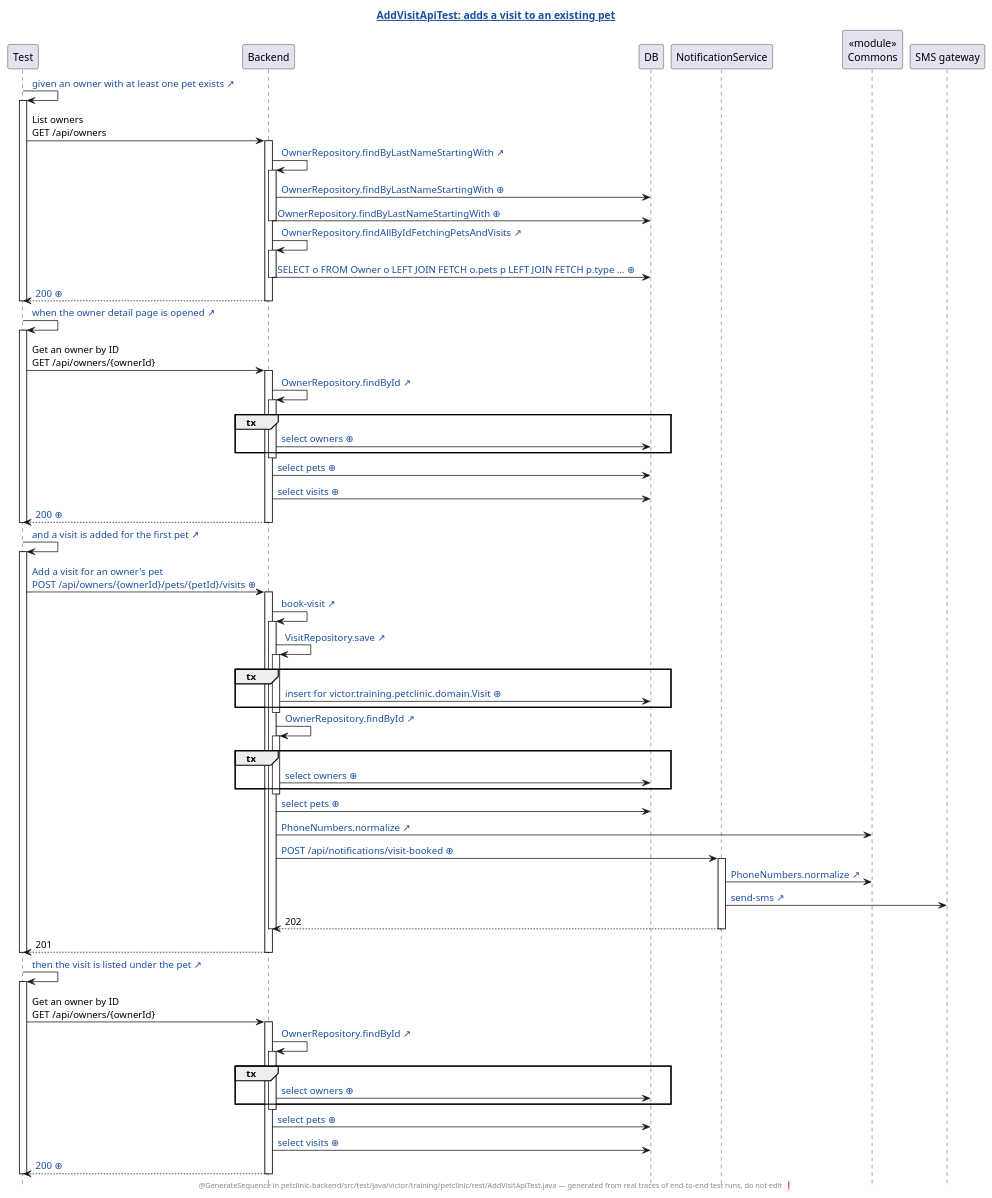
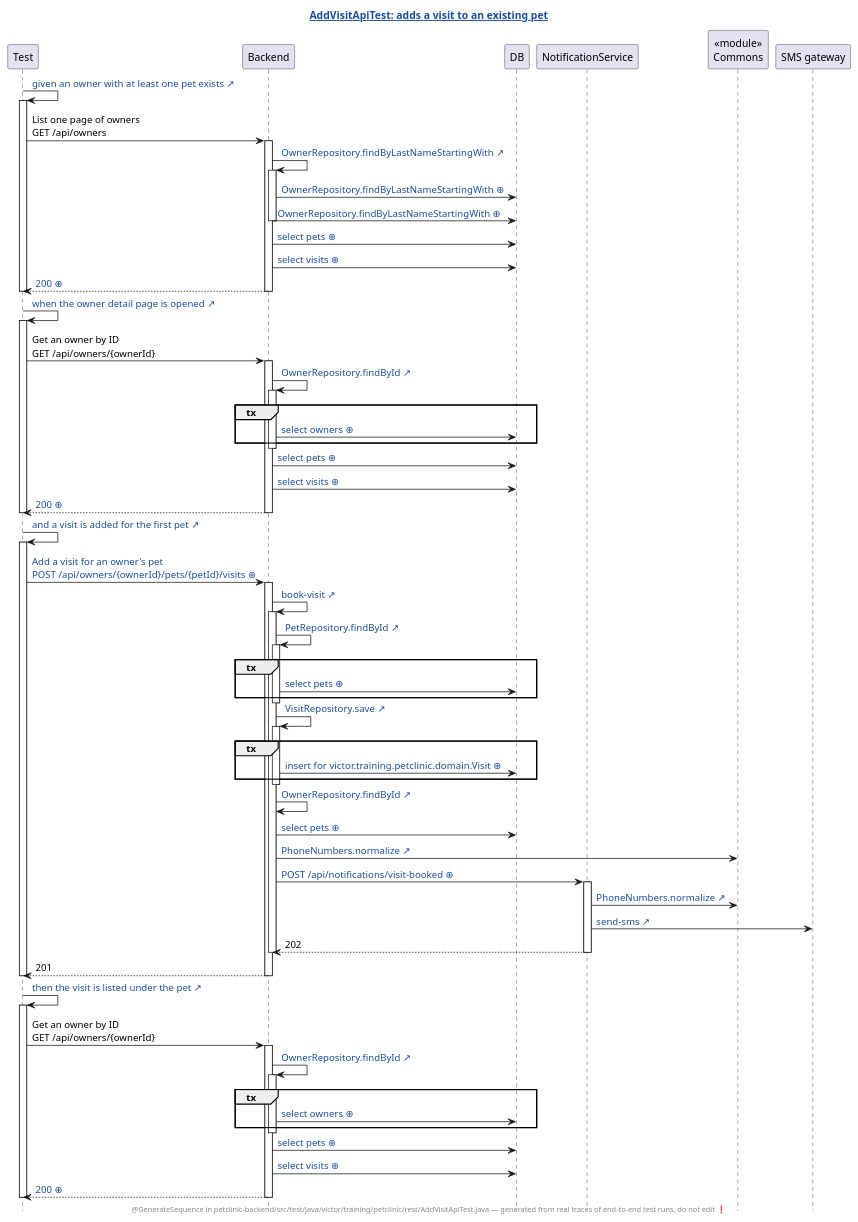
One commit to Winandvdb/human-review changed the diagram in demo/demo2/assets/genseq/petclinic-test/generated/AddVisitApiTest.java.adds-a-visit-to-an-existing-pet.genseq.puml. Above: the diagram before and after it, drawn with PlantUML. The commit also changed 233 other files, not shown here.

```diff
--- a/demo/demo2/assets/genseq/petclinic-test/generated/AddVisitApiTest.java.adds-a-visit-to-an-existing-pet.genseq.puml
+++ b/demo/demo2/assets/genseq/petclinic-test/generated/AddVisitApiTest.java.adds-a-visit-to-an-existing-pet.genseq.puml
@@ -1,90 +1,89 @@
 @startuml
 ' ⚠️  GENERATED FILE — DO NOT EDIT. Every edit is lost on the next run.
 hide footbox
 skinparam hyperlinkUnderline false
 skinparam hyperlinkColor #1A4FA0
-title [[src://petclinic-backend/src/test/java/victor/training/petclinic/rest/AddVisitApiTest.java:76{Click to open the test} AddVisitApiTest: adds a visit to an existing pet]]
+title [[src://petclinic-backend/src/test/java/victor/training/petclinic/rest/AddVisitApiTest.java:75{Click to open the test} AddVisitApiTest: adds a visit to an existing pet]]
 footer @GenerateSequence in petclinic-backend/src/test/java/victor/training/petclinic/rest/AddVisitApiTest.java — generated from real traces of end-to-end test runs, do not edit ❗
 participant Test
 participant Backend
 participant DB
 participant NotificationService
 participant "«module»\nCommons" as Commons
 participant "SMS gateway"
-Test -> Test: [[src://petclinic-backend/src/test/java/victor/training/petclinic/rest/AddVisitApiTest.java:77{Click to open the line of the test that says this} given an owner with at least one pet exists ↗]]
+Test -> Test: [[src://petclinic-backend/src/test/java/victor/training/petclinic/rest/AddVisitApiTest.java:76{Click to open the line of the test that says this} given an owner with at least one pet exists ↗]]
 activate Test
-Test -> Backend: List owners\nGET /api/owners
+Test -> Backend: List one page of owners\nGET /api/owners
 activate Backend
-Backend -> Backend: [[src://petclinic-backend/src/main/java/victor/training/petclinic/repository/OwnerRepository.java:15{Click to open OwnerRepository.findByLastNameStartingWith} OwnerRepository.findByLastNameStartingWith ↗]]
+Backend -> Backend: [[src://petclinic-backend/src/main/java/victor/training/petclinic/repository/OwnerRepository.java:13{Click to open OwnerRepository.findByLastNameStartingWith} OwnerRepository.findByLastNameStartingWith ↗]]
 activate Backend
-Backend -> DB: [[genseq://06lhb5c{Click for the statement behind this call} OwnerRepository.findByLastNameStartingWith ⊕]]
+Backend -> DB: [[genseq://1ub53i8{Click for the statement behind this call} OwnerRepository.findByLastNameStartingWith ⊕]]
 Backend -> DB: [[genseq://0rcs8yy{Click for the statement behind this call} OwnerRepository.findByLastNameStartingWith ⊕]]
 deactivate Backend
-Backend -> Backend: [[src://petclinic-backend/src/main/java/victor/training/petclinic/repository/OwnerRepository.java:26{Click to open OwnerRepository.findAllByIdFetchingPetsAndVisits} OwnerRepository.findAllByIdFetchingPetsAndVisits ↗]]
-activate Backend
-Backend -> DB: [[genseq://075m496{Click for the statement behind this call} SELECT o FROM Owner o LEFT JOIN FETCH o.pets p LEFT JOIN FETCH p.type … ⊕]]
-deactivate Backend
-Backend --> Test: [[genseq://1ywqtdh{Click for this call’s JSON body} 200 ⊕]]
+Backend -> DB: [[genseq://1ruk3w0{Click for the statement behind this call} select pets ⊕]]
+Backend -> DB: [[genseq://1bw25vb{Click for the statement behind this call} select visits ⊕]]
+Backend --> Test: [[genseq://0qg8kn6{Click for this call’s JSON body} 200 ⊕]]
 deactivate Backend
 deactivate Test
-Test -> Test: [[src://petclinic-backend/src/test/java/victor/training/petclinic/rest/AddVisitApiTest.java:82{Click to open the line of the test that says this} when the owner detail page is opened ↗]]
+Test -> Test: [[src://petclinic-backend/src/test/java/victor/training/petclinic/rest/AddVisitApiTest.java:81{Click to open the line of the test that says this} when the owner detail page is opened ↗]]
 activate Test
 Test -> Backend: Get an owner by ID\nGET /api/owners/{ownerId}
 activate Backend
-Backend -> Backend: [[src://petclinic-backend/src/main/java/victor/training/petclinic/repository/OwnerRepository.java:28{Click to open OwnerRepository.findById} OwnerRepository.findById ↗]]
+Backend -> Backend: [[src://petclinic-backend/src/main/java/victor/training/petclinic/repository/OwnerRepository.java:15{Click to open OwnerRepository.findById} OwnerRepository.findById ↗]]
 activate Backend
 group tx
-Backend -> DB: [[genseq://083xusu{Click for the statement behind this call} select owners ⊕]]
+Backend -> DB: [[genseq://1cywrsr{Click for the statement behind this call} select owners ⊕]]
 end
 deactivate Backend
-Backend -> DB: [[genseq://0j0trn8{Click for the statement behind this call} select pets ⊕]]
-Backend -> DB: [[genseq://16xt6fr{Click for the statement behind this call} select visits ⊕]]
-Backend --> Test: [[genseq://1cg6dk5{Click for this call’s JSON body} 200 ⊕]]
+Backend -> DB: [[genseq://04yaot5{Click for the statement behind this call} select pets ⊕]]
+Backend -> DB: [[genseq://1bw25vb{Click for the statement behind this call} select visits ⊕]]
+Backend --> Test: [[genseq://0ury951{Click for this call’s JSON body} 200 ⊕]]
 deactivate Backend
 deactivate Test
-Test -> Test: [[src://petclinic-backend/src/test/java/victor/training/petclinic/rest/AddVisitApiTest.java:85{Click to open the line of the test that says this} and a visit is added for the first pet ↗]]
+Test -> Test: [[src://petclinic-backend/src/test/java/victor/training/petclinic/rest/AddVisitApiTest.java:84{Click to open the line of the test that says this} and a visit is added for the first pet ↗]]
 activate Test
-Test -> Backend: [[genseq://1yv4zr4{Click for this call’s JSON body} Add a visit for an owner's pet\nPOST /api/owners/{ownerId}/pets/{petId}/visits ⊕]]
+Test -> Backend: [[genseq://1jyobf5{Click for this call’s JSON body} Add a visit for an owner's pet\nPOST /api/owners/{ownerId}/pets/{petId}/visits ⊕]]
 activate Backend
-Backend -> Backend: [[src://petclinic-backend/src/main/java/victor/training/petclinic/rest/OwnerRestController.java:240{Click to open OwnerRestController.bookVisit} book-visit ↗]]
+Backend -> Backend: [[src://petclinic-backend/src/main/java/victor/training/petclinic/rest/OwnerRestController.java:212{Click to open OwnerRestController.bookVisit} book-visit ↗]]
 activate Backend
+Backend -> Backend: [[src://petclinic-backend/src/main/java/victor/training/petclinic/repository/PetRepository.java:16{Click to open PetRepository.findById} PetRepository.findById ↗]]
+activate Backend
+group tx
+Backend -> DB: [[genseq://10q0vhg{Click for the statement behind this call} select pets ⊕]]
+end
+deactivate Backend
 Backend -> Backend: [[src://petclinic-backend/src/main/java/victor/training/petclinic/repository/VisitRepository.java:14{Click to open VisitRepository.save} VisitRepository.save ↗]]
 activate Backend
 group tx
-Backend -> DB: [[genseq://07tob6g{Click for the statement behind this call} insert for victor.training.petclinic.domain.Visit ⊕]]
+Backend -> DB: [[genseq://1umskr4{Click for the statement behind this call} insert for victor.training.petclinic.domain.Visit ⊕]]
 end
 deactivate Backend
-Backend -> Backend: [[src://petclinic-backend/src/main/java/victor/training/petclinic/repository/OwnerRepository.java:28{Click to open OwnerRepository.findById} OwnerRepository.findById ↗]]
-activate Backend
-group tx
-Backend -> DB: [[genseq://083xusu{Click for the statement behind this call} select owners ⊕]]
-end
-deactivate Backend
-Backend -> DB: [[genseq://0j0trn8{Click for the statement behind this call} select pets ⊕]]
+Backend -> Backend: [[src://petclinic-backend/src/main/java/victor/training/petclinic/repository/OwnerRepository.java:15{Click to open OwnerRepository.findById} OwnerRepository.findById ↗]]
+Backend -> DB: [[genseq://04yaot5{Click for the statement behind this call} select pets ⊕]]
 Backend -> Commons: [[src://petclinic-commons/src/main/java/victor/training/commons/PhoneNumbers.java:8{Click to open PhoneNumbers.normalize} PhoneNumbers.normalize ↗]]
-Backend -> NotificationService: [[genseq://06g5a1e{Click for this call’s JSON body} POST /api/notifications/visit-booked ⊕]]
+Backend -> NotificationService: [[genseq://0ez97li{Click for this call’s JSON body} POST /api/notifications/visit-booked ⊕]]
 activate NotificationService
 NotificationService -> Commons: [[src://petclinic-commons/src/main/java/victor/training/commons/PhoneNumbers.java:8{Click to open PhoneNumbers.normalize} PhoneNumbers.normalize ↗]]
 NotificationService -> "SMS gateway": [[src://notification-service/src/main/java/victor/training/notification/SmsGateway.java:23{Click to open SmsGateway.send} send-sms ↗]]
 NotificationService --> Backend: 202
 deactivate NotificationService
 deactivate Backend
 Backend --> Test: 201
 deactivate Backend
 deactivate Test
-Test -> Test: [[src://petclinic-backend/src/test/java/victor/training/petclinic/rest/AddVisitApiTest.java:92{Click to open the line of the test that says this} then the visit is listed under the pet ↗]]
+Test -> Test: [[src://petclinic-backend/src/test/java/victor/training/petclinic/rest/AddVisitApiTest.java:91{Click to open the line of the test that says this} then the visit is listed under the pet ↗]]
 activate Test
 Test -> Backend: Get an owner by ID\nGET /api/owners/{ownerId}
 activate Backend
-Backend -> Backend: [[src://petclinic-backend/src/main/java/victor/training/petclinic/repository/OwnerRepository.java:28{Click to open OwnerRepository.findById} OwnerRepository.findById ↗]]
+Backend -> Backend: [[src://petclinic-backend/src/main/java/victor/training/petclinic/repository/OwnerRepository.java:15{Click to open OwnerRepository.findById} OwnerRepository.findById ↗]]
 activate Backend
 group tx
-Backend -> DB: [[genseq://083xusu{Click for the statement behind this call} select owners ⊕]]
+Backend -> DB: [[genseq://1cywrsr{Click for the statement behind this call} select owners ⊕]]
 end
 deactivate Backend
-Backend -> DB: [[genseq://0j0trn8{Click for the statement behind this call} select pets ⊕]]
-Backend -> DB: [[genseq://16xt6fr{Click for the statement behind this call} select visits ⊕]]
-Backend --> Test: [[genseq://0qfgh4s{Click for this call’s JSON body} 200 ⊕]]
+Backend -> DB: [[genseq://04yaot5{Click for the statement behind this call} select pets ⊕]]
+Backend -> DB: [[genseq://1bw25vb{Click for the statement behind this call} select visits ⊕]]
+Backend --> Test: [[genseq://1sx4y82{Click for this call’s JSON body} 200 ⊕]]
 deactivate Backend
 deactivate Test
 @enduml
```
